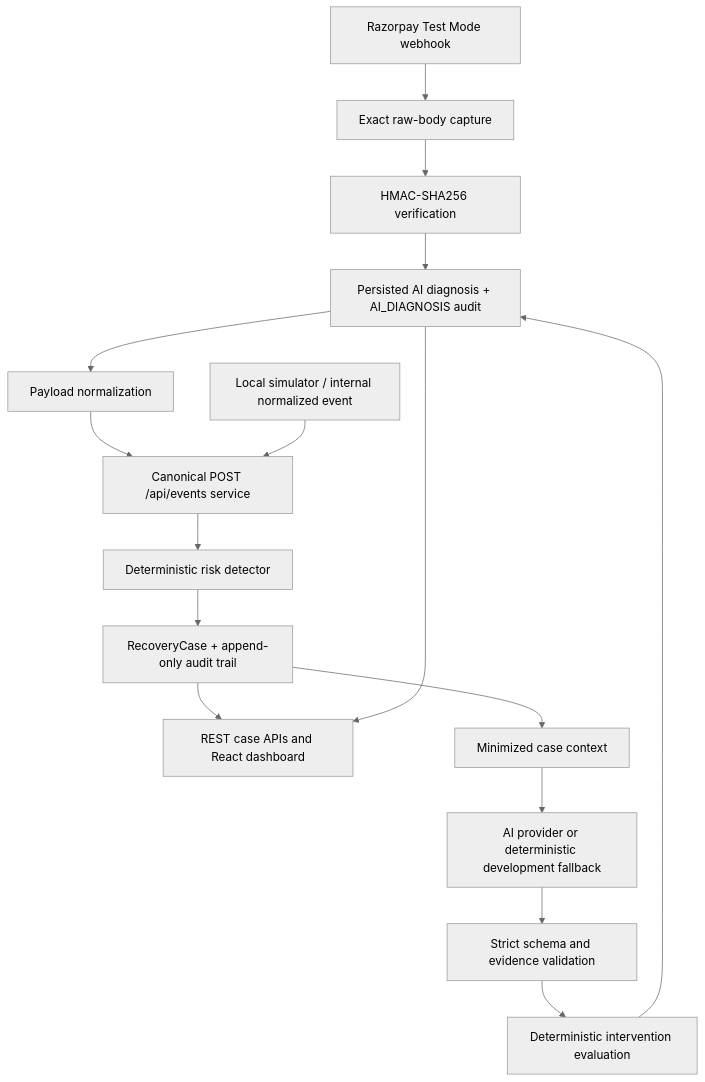
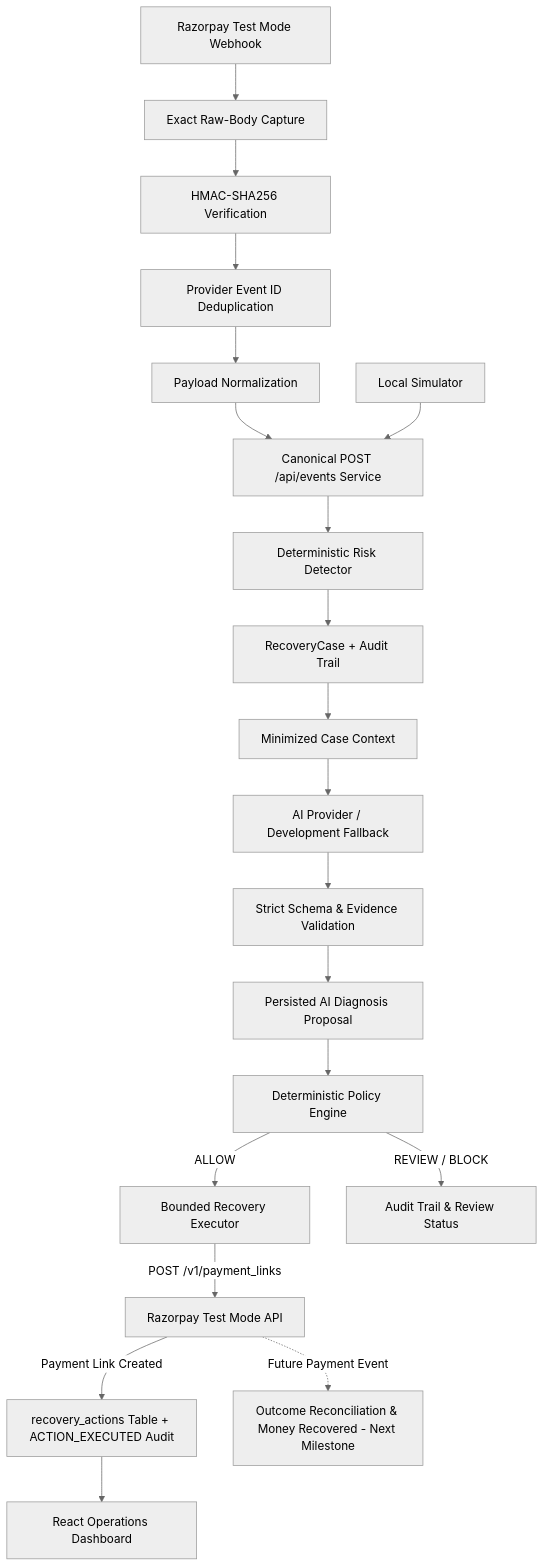
The diagram in docs/architecture.md (gititayush/recover-ai), drawn with Mermaid (neutral theme) before and after one commit. The commit also changed other lines of this file and 16 other files, not shown here.

Commit message:
Add policy guardrails and bounded recovery execution

````diff
--- a/docs/architecture.md
+++ b/docs/architecture.md
@@ -3,18 +3,22 @@
 ```mermaid
 flowchart TD
-  R[Razorpay Test Mode webhook] --> B[Exact raw-body capture]
-  B --> H[HMAC-SHA256 verification]
-  H --> D[Provider-event ID deduplication]
-  D --> N[Payload normalization]
-  N --> E[Canonical POST /api/events service]
-  S[Local simulator / internal normalized event] --> E
-  E --> RD[Deterministic risk detector]
-  RD --> C[RecoveryCase + append-only audit trail]
-  C --> UI[REST case APIs and React dashboard]
-  C --> CT[Minimized case context]
-  CT --> AI[AI provider or deterministic development fallback]
-  AI --> V[Strict schema and evidence validation]
-  V --> IE[Deterministic intervention evaluation]
-  IE --> D[Persisted AI diagnosis + AI_DIAGNOSIS audit]
-  D --> UI
+  R[Razorpay Test Mode Webhook] --> B[Exact Raw-Body Capture]
+  B --> H[HMAC-SHA256 Verification]
+  H --> D[Provider Event ID Deduplication]
+  D --> N[Payload Normalization]
+  N --> E[Canonical POST /api/events Service]
+  S[Local Simulator] --> E
+  E --> RD[Deterministic Risk Detector]
+  RD --> C[RecoveryCase + Audit Trail]
+  C --> CT[Minimized Case Context]
+  CT --> AI[AI Provider / Development Fallback]
+  AI --> V[Strict Schema & Evidence Validation]
+  V --> DP[Persisted AI Diagnosis Proposal]
+  DP --> PE[Deterministic Policy Engine]
+  PE -->|ALLOW| EX[Bounded Recovery Executor]
+  PE -->|REVIEW / BLOCK| AD[Audit Trail & Review Status]
+  EX -->|POST /v1/payment_links| RZP[Razorpay Test Mode API]
+  RZP -->|Payment Link Created| RA[recovery_actions Table + ACTION_EXECUTED Audit]
+  RA --> UI[React Operations Dashboard]
+  RZP -.->|Future Payment Event| REC[Outcome Reconciliation & Money Recovered - Next Milestone]
 ```
````
